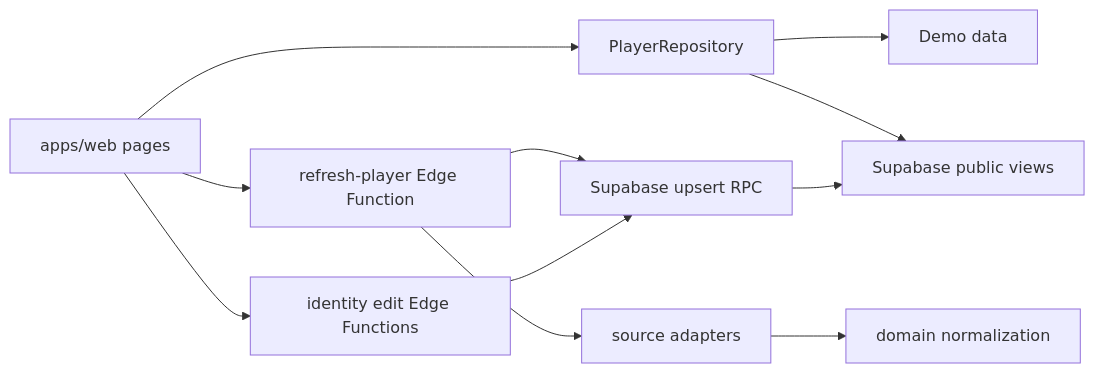
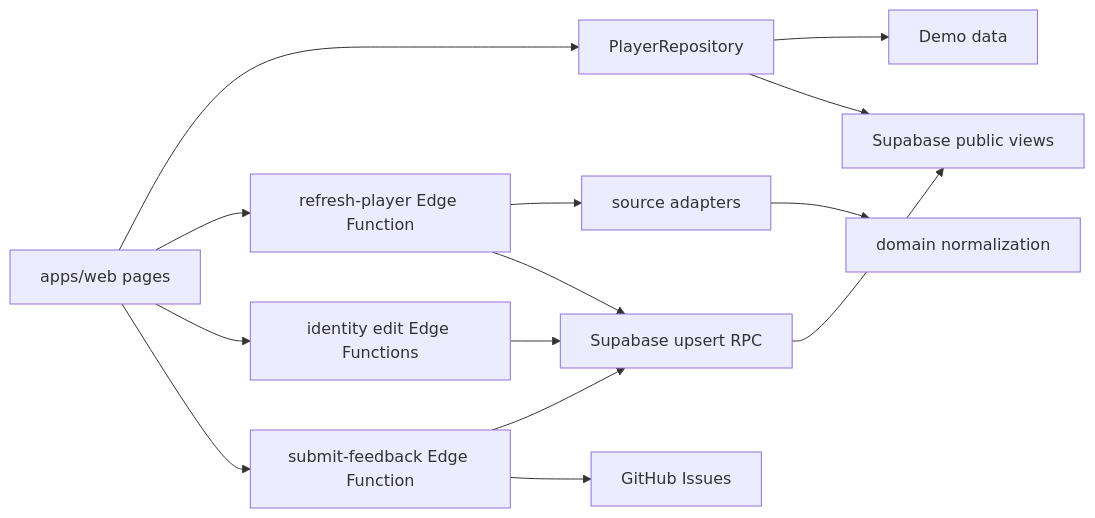
One commit to iamdenny/pingpong-busu changed the diagram in docs/codemap.md. Above: the diagram before and after it, drawn with Mermaid. The commit also changed other lines of this file and 25 other files, not shown here.

````diff
--- a/docs/codemap.md
+++ b/docs/codemap.md
@@ -5,13 +5,16 @@
 ```mermaid
 flowchart LR
   UI["apps/web pages"] --> REPO["PlayerRepository"]
   REPO --> DEMO["Demo data"]
   REPO --> PUBLIC["Supabase public views"]
   UI --> EDGE["refresh-player Edge Function"]
   UI --> IDENTITY["identity edit Edge Functions"]
+  UI --> FEEDBACK["submit-feedback Edge Function"]
   EDGE --> ADAPTERS["source adapters"]
   ADAPTERS --> DOMAIN["domain normalization"]
   EDGE --> RPC["Supabase upsert RPC"]
   RPC --> PUBLIC
   IDENTITY --> RPC
+  FEEDBACK --> RPC
+  FEEDBACK --> GITHUB["GitHub Issues"]
 ```
````
